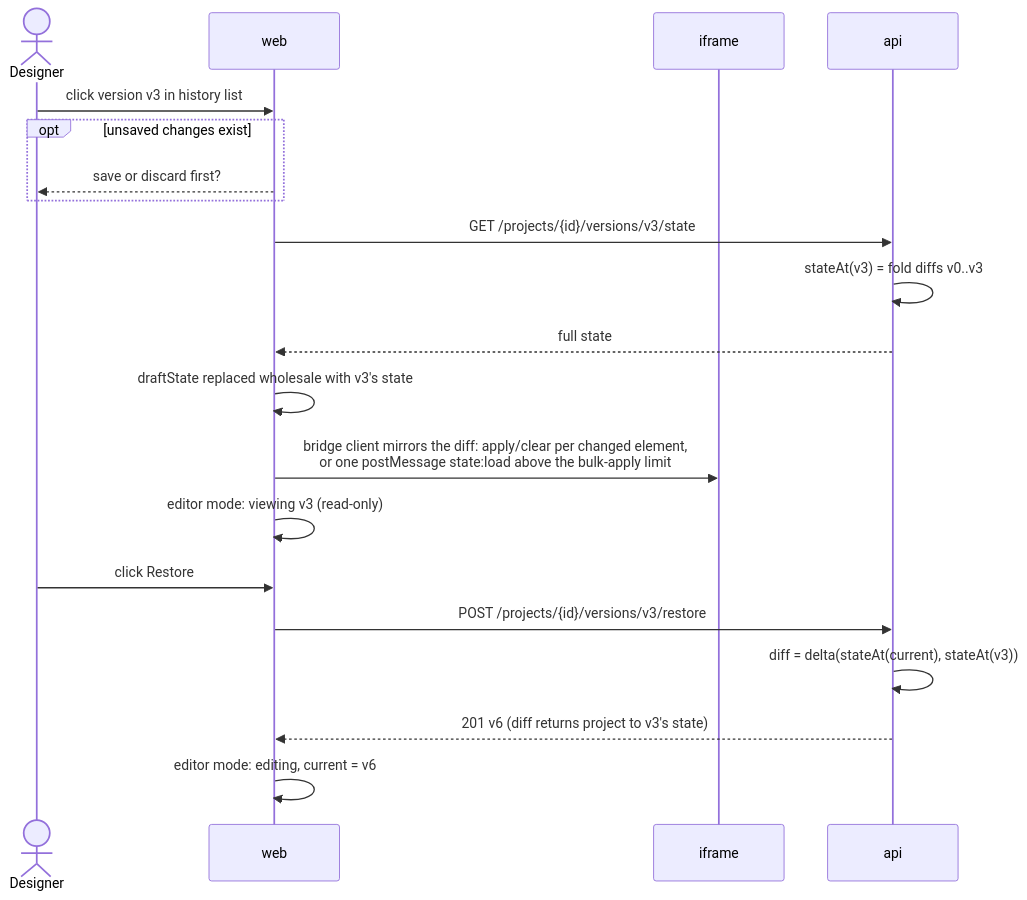
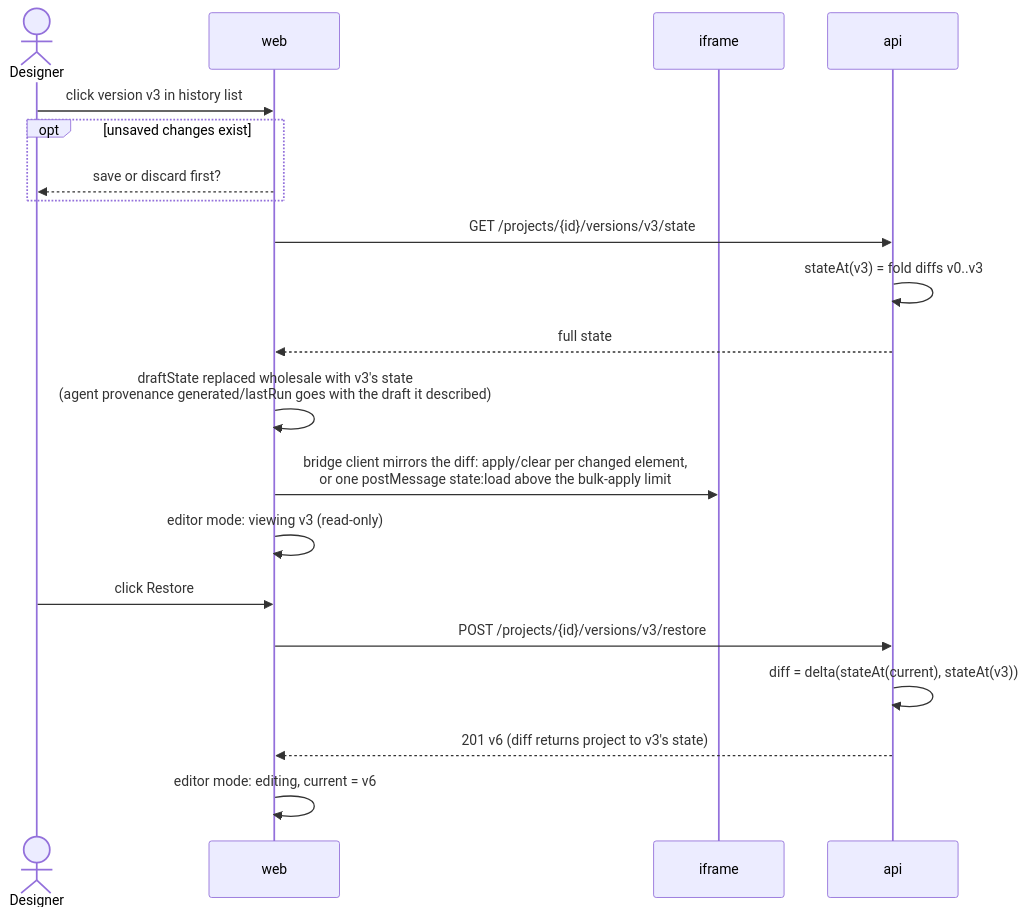
One commit to ludaxkris/vibe_motion changed the fifth of 12 diagrams in docs/architecture.md. Above: the diagram before and after it, drawn with Mermaid. The commit also changed other lines of this file, not shown here.

Commit message:
docs(architecture): the store's client-only agent fields, and what a version load does to them
The §4 store box is the document's one enumeration of the store's fields and
it stopped at Phase 6's, while §3.2 already names `generated` / `lastRun`.
Phase 5 and Phase 6 now sit in the same store, so the box says so — and §3.3
says what a version load does to that provenance, which is where a reader
of the diagram would otherwise have to guess.

````diff
--- a/docs/architecture.md
+++ b/docs/architecture.md
@@ -139,23 +139,23 @@
 ```mermaid
 sequenceDiagram
   actor D as Designer
   participant W as web
   participant F as iframe
   participant A as api
 
   D->>W: click version v3 in history list
   opt unsaved changes exist
     W-->>D: save or discard first?
   end
   W->>A: GET /projects/{id}/versions/v3/state
   A->>A: stateAt(v3) = fold diffs v0..v3
   A-->>W: full state
-  W->>W: draftState replaced wholesale with v3's state
+  W->>W: draftState replaced wholesale with v3's state<br/>(agent provenance generated/lastRun goes with the draft it described)
   W->>F: bridge client mirrors the diff: apply/clear per changed element,<br/>or one postMessage state:load above the bulk-apply limit
   W->>W: editor mode: viewing v3 (read-only)
   D->>W: click Restore
   W->>A: POST /projects/{id}/versions/v3/restore
   A->>A: diff = delta(stateAt(current), stateAt(v3))
   A-->>W: 201 v6 (diff returns project to v3's state)
   W->>W: editor mode: editing, current = v6
 ```
````
